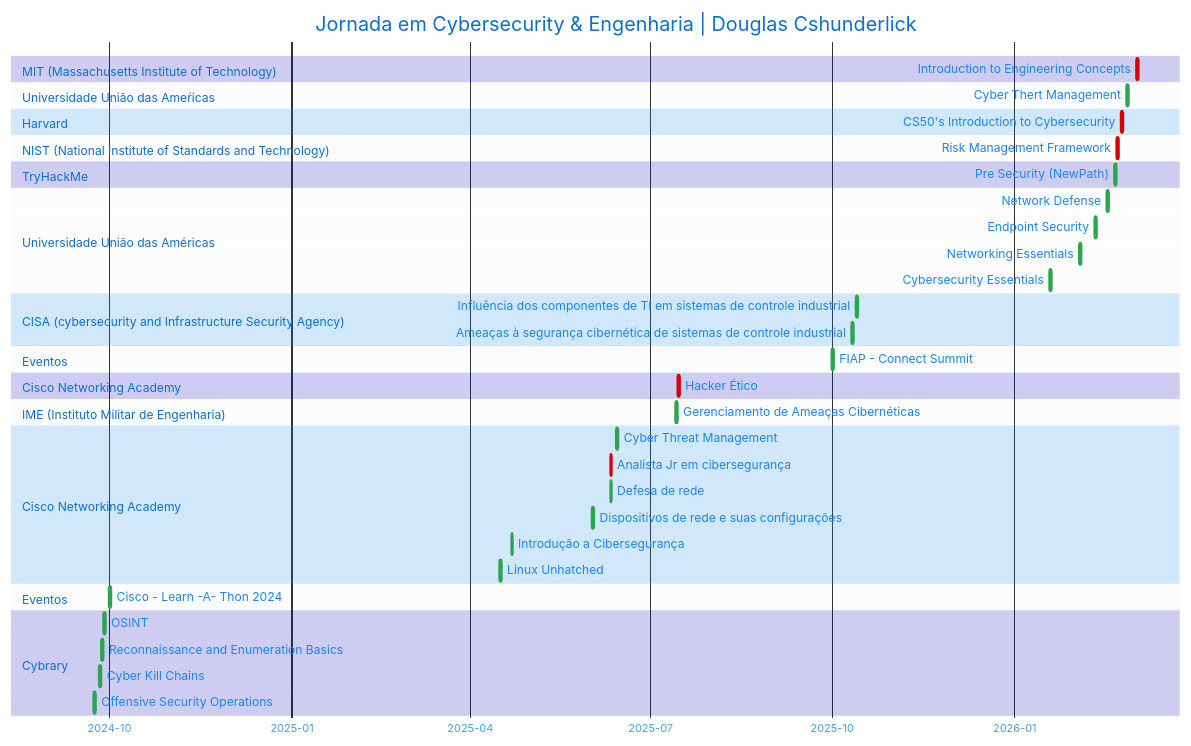
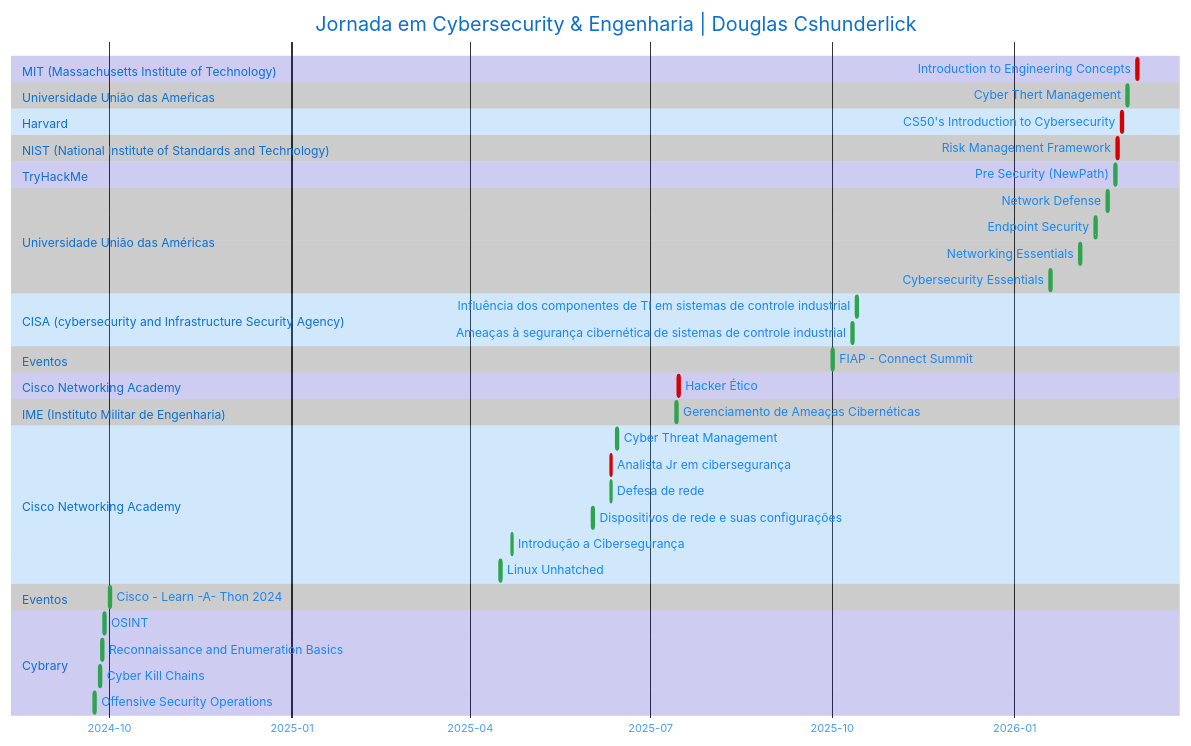
The diagram in README.md (douglascshun/douglascshun), drawn with Mermaid before and after one commit. The commit also changed other lines of this file, not shown here.

````diff
--- a/README.md
+++ b/README.md
@@ -638,70 +627,70 @@
 ```mermaid
 %%{ init: { 
   'theme': 'base',   
   'themeVariables': { 
     'primaryColor': '#1987F0',             
     'primaryTextColor': '#1987F0',         
     'sectionBkgColor': '#0E00B7',       
-    'altSectionBkgColor': '#1111',       
+    'altSectionBkgColor': '#000000',       
     'doneTaskBorderColor': '#2da44e',
     'critBorderColor': '#d50000',
-    'todayMarkerColor': '#aaaaaaaa'          
+    'todayMarkerColor': '#000000'          
   } 
 } }%%
 gantt
     title Jornada em Cybersecurity & Engenharia | Douglas Cshunderlick
     dateFormat  YYYY-MM-DD
     axisFormat %Y-%m
 
     section MIT (Massachusetts Institute of Technology)
     Introduction to Engineering Concepts                                 :crit, 2026-03-04, 1d
 
     section Universidade União das Ameŕicas 
     Cyber Thert Management                                               :done, 2026-02-27, 1d
 
     section Harvard
     CS50's Introduction to Cybersecurity                                 :crit, 2026-02-24, 1d
 
     section NIST (National Institute of Standards and Technology)
     Risk Management Framework                                            :crit, 2026-02-22, 1d
 
     section TryHackMe
     Pre Security (NewPath)                                               :done, 2026-02-21, 1d 
     
     section Universidade União das Américas
     Network Defense                                                      :done, 2026-02-17, 1d
     Endpoint Security                                                    :done, 2026-02-11, 1d
     Networking Essentials                                                :done, 2026-02-03, 1d
     Cybersecurity Essentials                                             :done, 2026-01-19, 1d
 
     section CISA (cybersecurity and Infrastructure Security Agency)
     Influência dos componentes de TI em sistemas de controle industrial  :done, 2025-10-13, 1d
     Ameaças à segurança cibernética de sistemas de controle industrial   :done, 2025-10-11, 1d  
 
     section Eventos
     FIAP - Connect Summit                                                :done, 2025-10, 1d
 
     section Cisco Networking Academy  
     Hacker Ético                                                         :crit, 2025-07-15, 1d
 
     section IME (Instituto Militar de Engenharia)
     Gerenciamento de Ameaças Cibernéticas                                :done, 2025-07-14, 1d
 
     section Cisco Networking Academy
     Cyber Threat Management                                              :done, 2025-06-14, 1d
     Analista Jr em cibersegurança                                        :crit, 2025-06-11, 1d
     Defesa de rede                                                       :done, 2025-06-11, 1d
     Dispositivos de rede e suas configurações                            :done, 2025-06-02, 1d
     Introdução a Cibersegurança                                          :done, 2025-04-22, 1d
     Linux Unhatched                                                      :done, 2025-04-16, 1d
 
     section Eventos 
     Cisco - Learn -A- Thon 2024                                          :done, 2024-10, 1d
 
 
     section Cybrary
     OSINT                                                                :done, 2024-09-28, 1d
     Reconnaissance and Enumeration Basics                                :done, 2024-09-27, 1d
     Cyber Kill Chains                                                    :done, 2024-09-26, 1d
     Offensive Security Operations                                        :done, 2024-09-23, 1d
 ```
````
